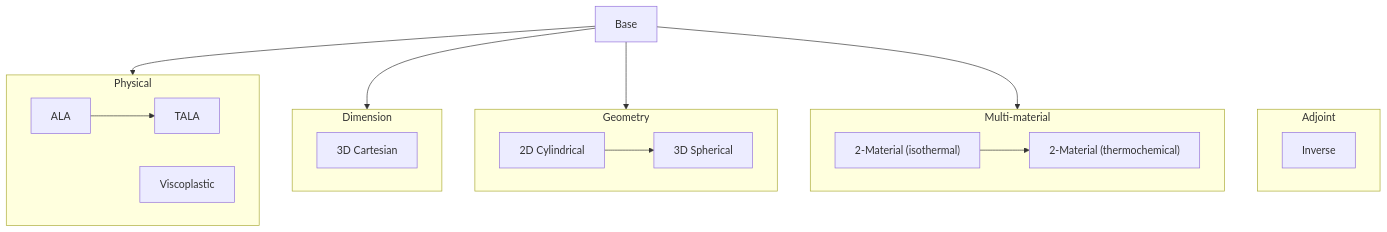
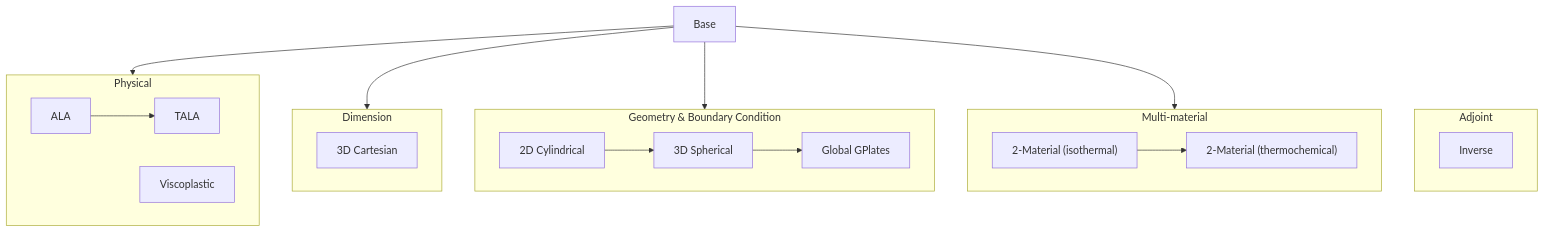
Before and after one commit to g-adopt/g-adopt: the diagram in demos/.diagram.mermaid, drawn with Mermaid. The commit also changed 18 other files, not shown here.

```diff
--- a/demos/.diagram.mermaid
+++ b/demos/.diagram.mermaid
@@ -1,38 +1,39 @@
 graph TD
   base[Base]
 
   subgraph physical[Physical]
   ala[ALA] --> tala[TALA]
   viscoplastic[Viscoplastic]
   end
 
   subgraph dimension[Dimension]
   cartesian_3d[3D Cartesian]
   end
 
-  subgraph geometry[Geometry]
-  cylindrical_2d[2D Cylindrical] --> spherical_3d[3D Spherical]
+  subgraph geometry["Geometry & Boundary Condition"]
+  cylindrical_2d[2D Cylindrical] --> spherical_3d[3D Spherical] --> gplates_global["Global GPlates"]
   end
 
   subgraph multimaterial[Multi-material]
   isothermal["2-Material (isothermal)"] --> thermochemical["2-Material (thermochemical)"]
   end
 
   subgraph adjoint[Adjoint]
   inverse[Inverse]
   end
 
   base --> physical
   base --> dimension
   base --> geometry
   base --> multimaterial
   base ~~~ adjoint
 
   click base "base_case"
   click ala "2d_compressible_ALA"
   click tala "2d_compressible_TALA"
   click viscoplastic "viscoplastic_case"
   click cartesian_3d "3d_cartesian"
   click cylindrical_2d "2d_cylindrical"
   click isothermal "compositional_buoyancy"
   click thermochemical "thermochemical_buoyancy"
+  click gplates_global "gplates_global"
```
